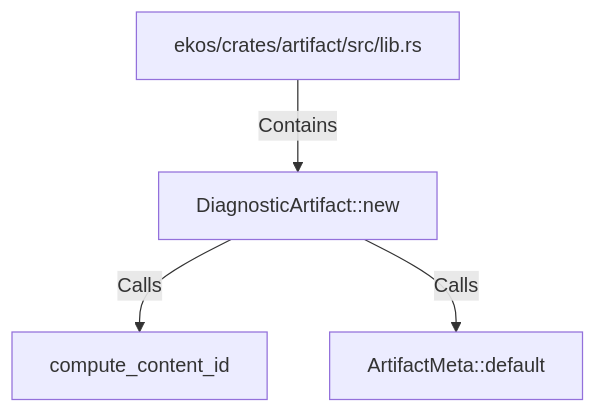
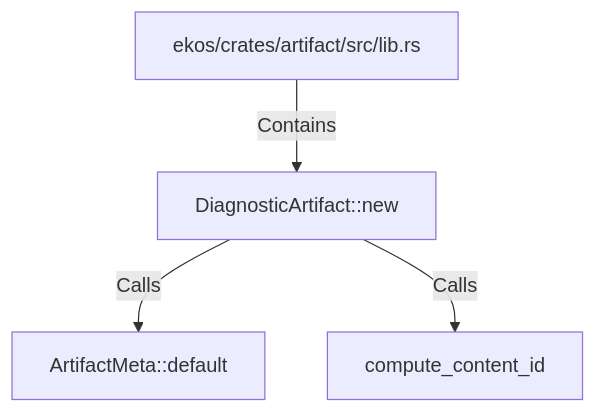
The diagram in doc/entities/rustsymbol/di/diagnosticartifact-new.md (alexeyban/EKOS), drawn with Mermaid before and after one commit. The commit also changed other lines of this file and 552 other files, not shown here.

````diff
--- a/doc/entities/rustsymbol/di/diagnosticartifact-new.md
+++ b/doc/entities/rustsymbol/di/diagnosticartifact-new.md
@@ -22,10 +22,10 @@
 ```mermaid
 graph TD
     n3529a593008c5745a14d524906d6cbd2["DiagnosticArtifact::new"]
     n918532b1739051288de5faf4f7a91daf["ekos/crates/artifact/src/lib.rs"]
     n918532b1739051288de5faf4f7a91daf -->|Contains| n3529a593008c5745a14d524906d6cbd2
+    n75608e6dce35532197aff8b9d4f486b2["ArtifactMeta::default"]
+    n3529a593008c5745a14d524906d6cbd2 -->|Calls| n75608e6dce35532197aff8b9d4f486b2
     n68328ad4597d5947afb08d5a0804e3dd["compute_content_id"]
     n3529a593008c5745a14d524906d6cbd2 -->|Calls| n68328ad4597d5947afb08d5a0804e3dd
-    n75608e6dce35532197aff8b9d4f486b2["ArtifactMeta::default"]
-    n3529a593008c5745a14d524906d6cbd2 -->|Calls| n75608e6dce35532197aff8b9d4f486b2
 ```
````
